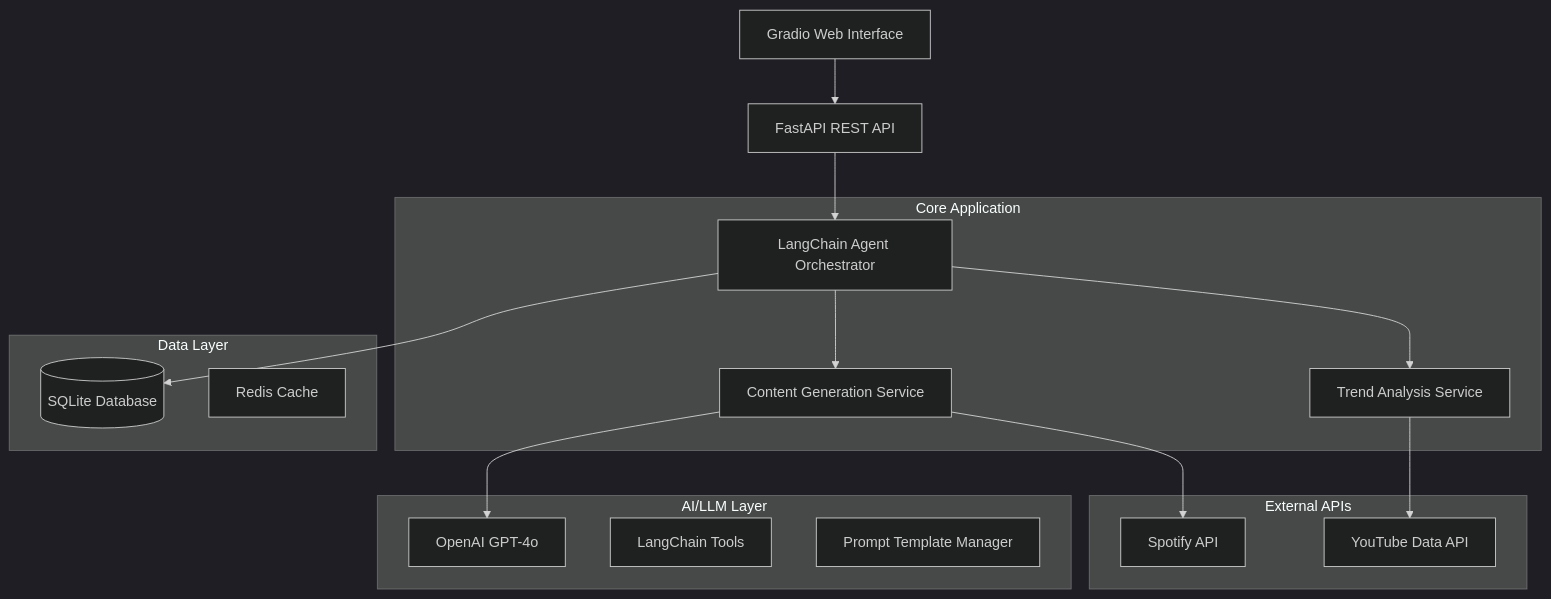
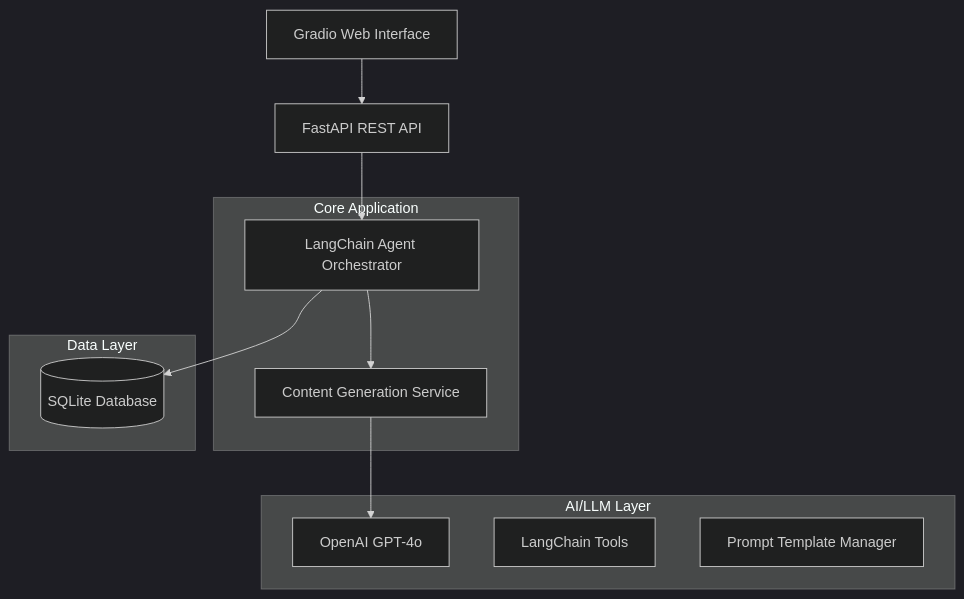
Before and after one commit to Schurvictoria/Reels-bot: the diagram in README.md, drawn with Mermaid (dark theme). The commit also changed other lines of this file and 21 other files, not shown here.

````diff
--- a/README.md
+++ b/README.md
@@ -156,36 +152,29 @@
 ```mermaid
 graph TB
     UI[Gradio Web Interface]
     API[FastAPI REST API]
     
     subgraph "Core Application"
         Agent[LangChain Agent Orchestrator]
         ContentGen[Content Generation Service]
-        TrendAnalysis[Trend Analysis Service]
+        
     end
     
     subgraph "AI/LLM Layer"
         GPT[OpenAI GPT-4o]
         LangChainTools[LangChain Tools]
         PromptMgr[Prompt Template Manager]
     end
     
-    subgraph "External APIs"
-        SpotifyAPI[Spotify API]
-        YouTubeAPI[YouTube Data API]
-    end
-    
     subgraph "Data Layer"
         SQLite[(SQLite Database)]
-        Cache[Redis Cache]
     end
     
     UI --> API
     API --> Agent
     Agent --> ContentGen
-    Agent --> TrendAnalysis
+    
     ContentGen --> GPT
-    TrendAnalysis --> YouTubeAPI
-    ContentGen --> SpotifyAPI
+    
     Agent --> SQLite
 ```
````
